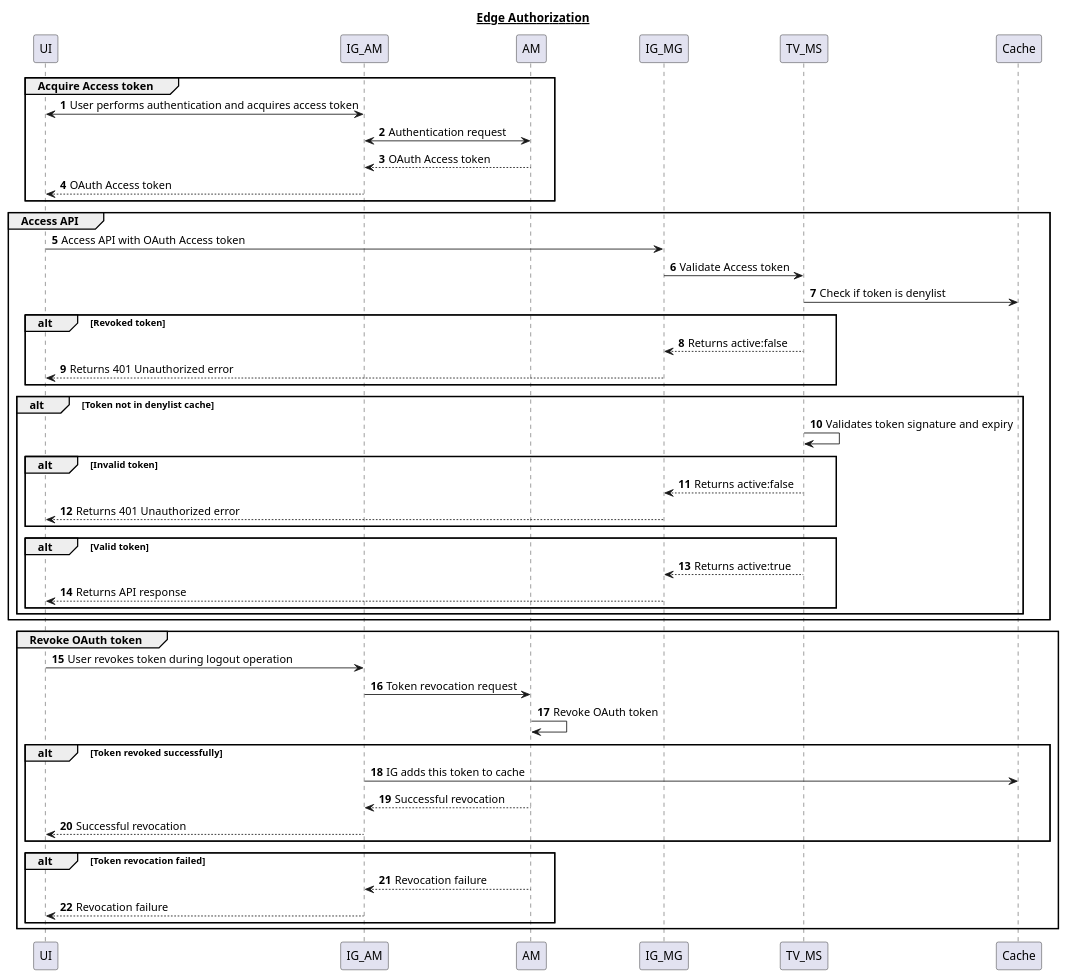
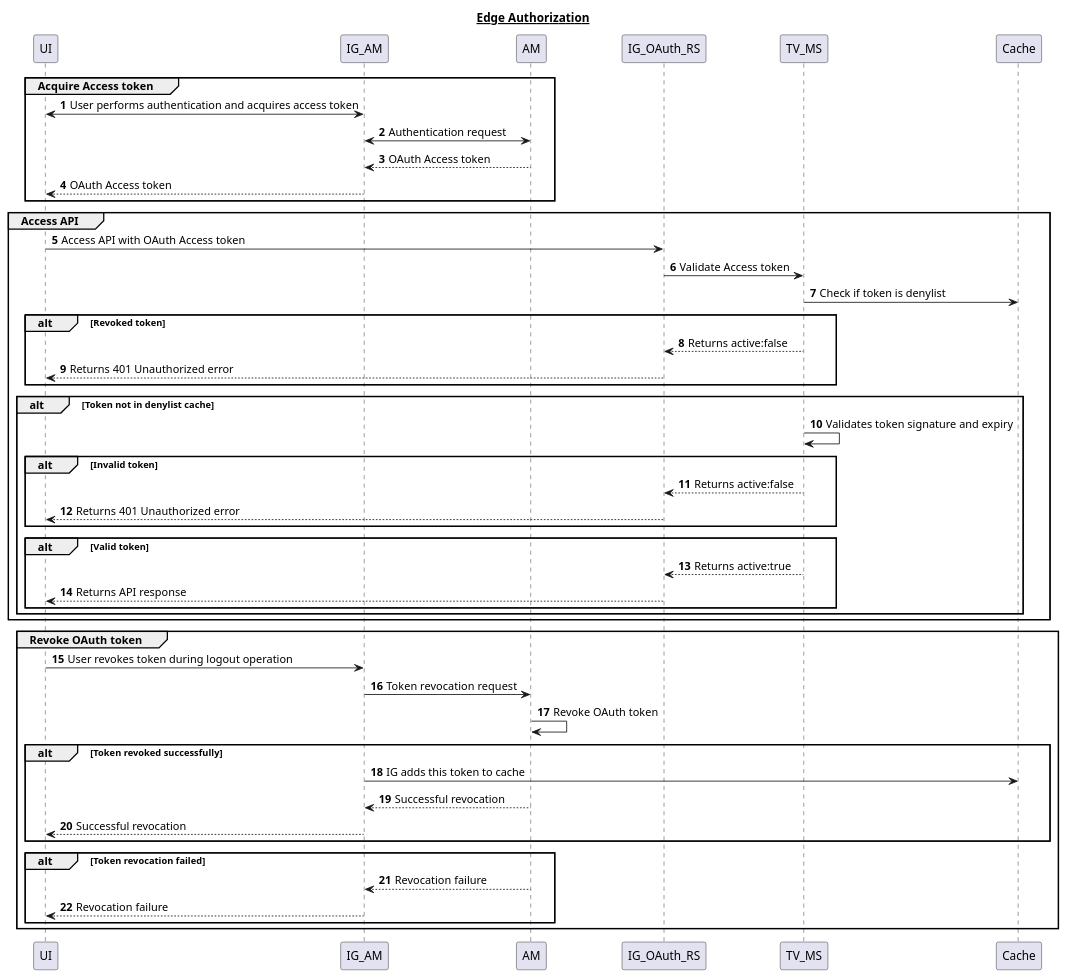
One commit to CharanMann/EdgeAuthz-TokenValidation changed the diagram in diagrams/EdgeAuthzSequence.puml. Above: the diagram before and after it, drawn with PlantUML. The commit also changed 7 other files, not shown here.

```diff
--- a/diagrams/EdgeAuthzSequence.puml
+++ b/diagrams/EdgeAuthzSequence.puml
@@ -1,48 +1,48 @@
 @startuml
 title __Edge Authorization__
 autonumber
 
 group Acquire Access token
 UI<->IG_AM: User performs authentication and acquires access token
 IG_AM<->AM: Authentication request
 AM-->IG_AM: OAuth Access token
 IG_AM-->UI: OAuth Access token
 end
 
 group Access API
-UI->IG_MG: Access API with OAuth Access token
-IG_MG->TV_MS: Validate Access token
+UI->IG_OAuth_RS: Access API with OAuth Access token
+IG_OAuth_RS->TV_MS: Validate Access token
 TV_MS->Cache: Check if token is denylist
 alt Revoked token
-TV_MS-->IG_MG: Returns active:false
-IG_MG-->UI: Returns 401 Unauthorized error
+TV_MS-->IG_OAuth_RS: Returns active:false
+IG_OAuth_RS-->UI: Returns 401 Unauthorized error
 end
 alt Token not in denylist cache
 TV_MS->TV_MS: Validates token signature and expiry
 alt Invalid token
-TV_MS-->IG_MG: Returns active:false
-IG_MG-->UI: Returns 401 Unauthorized error
+TV_MS-->IG_OAuth_RS: Returns active:false
+IG_OAuth_RS-->UI: Returns 401 Unauthorized error
 end
 alt Valid token
-TV_MS-->IG_MG: Returns active:true
-IG_MG-->UI: Returns API response
+TV_MS-->IG_OAuth_RS: Returns active:true
+IG_OAuth_RS-->UI: Returns API response
 end
 end
 end
 
 group Revoke OAuth token
 UI->IG_AM: User revokes token during logout operation
 IG_AM->AM: Token revocation request
 AM->AM: Revoke OAuth token
 alt Token revoked successfully
 IG_AM->Cache: IG adds this token to cache
 AM-->IG_AM: Successful revocation
 IG_AM-->UI: Successful revocation
 end
 alt Token revocation failed
 AM-->IG_AM: Revocation failure
 IG_AM-->UI: Revocation failure
 end
 end
 
 @enduml
```
